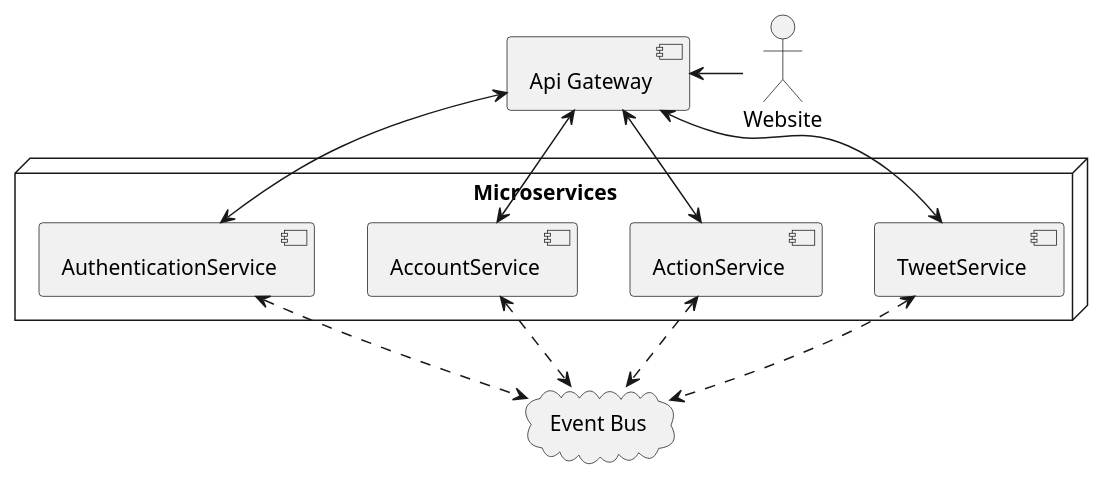
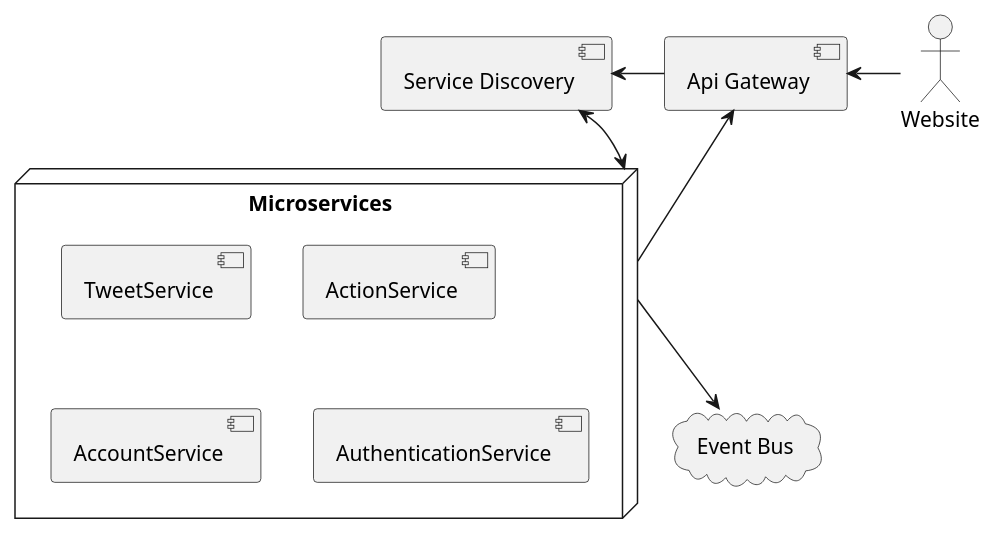
Before and after one commit to Kwetterprise/EDD: the first of 2 diagrams in figures/highlevel.pu, drawn with PlantUML. The commit also changed other lines of this file and 3 other files, not shown here.

```diff
--- a/figures/highlevel.pu
+++ b/figures/highlevel.pu
@@ -1,26 +1,23 @@
 @startuml "highlevel"
 actor "Website" as Website
 
-component "Api Gateway" as mlb
-Website -left-> mlb
+component "Api Gateway" as api
+component "Service Discovery" as sd
+Website -left-> api
+api -left-> sd
 
 node Microservices {
     component TweetService
     component ActionService
     component AccountService
     component AuthenticationService
 }
 
 cloud "Event Bus" as EventBus
 
-mlb <--> AuthenticationService
-mlb <--> ActionService
-mlb <--> TweetService
-mlb <--> AccountService
+api <-- Microservices
+sd <--> Microservices
 
-AuthenticationService <..> EventBus
-ActionService <..> EventBus
-TweetService <..> EventBus
-AccountService <..> EventBus
+Microservices --> EventBus
 
 @enduml
```
